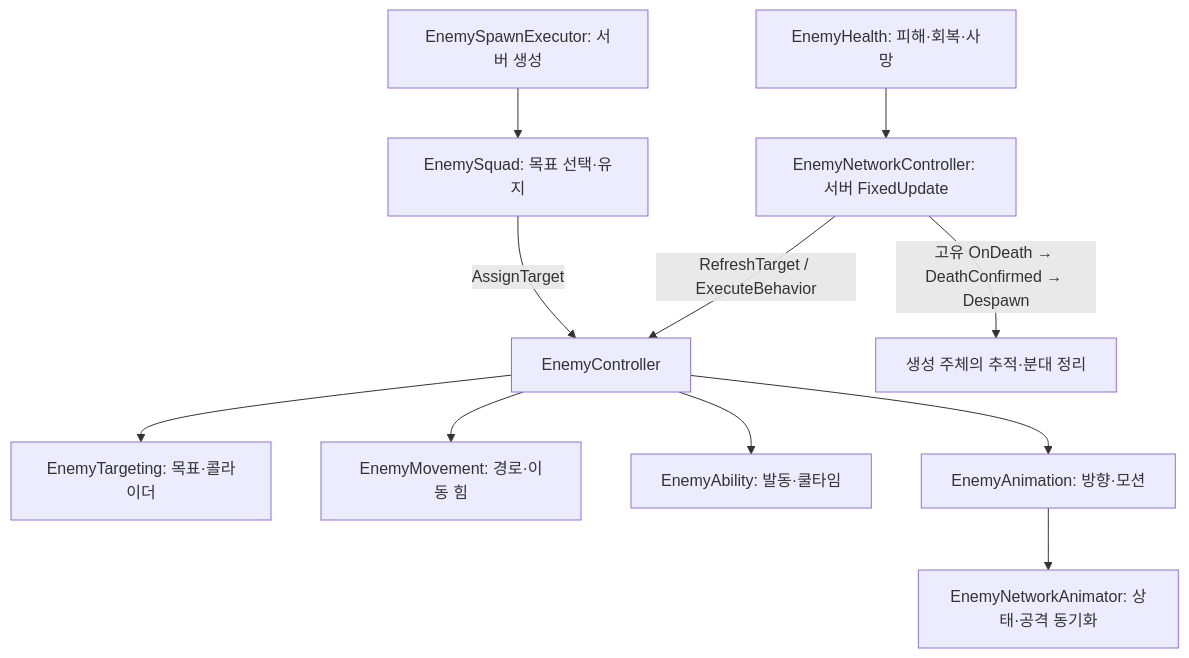
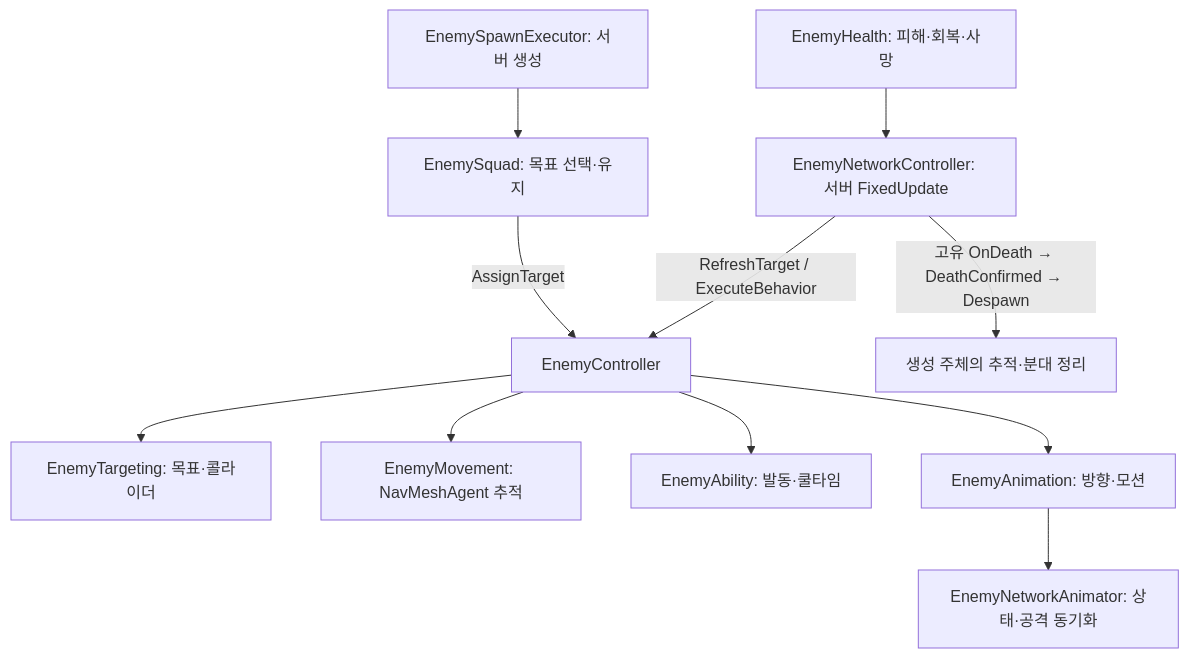
The first of 2 diagrams in Docs/02_architecture/08_encounter/enemy-system-guide.md (Team-HJD-21/unity-6-the-developer), drawn with Mermaid before and after one commit. The commit also changed other lines of this file and 41 other files, not shown here.

Commit message:
refactor: switch enemy movement to NavMeshAgent

````diff
--- a/Docs/02_architecture/08_encounter/enemy-system-guide.md
+++ b/Docs/02_architecture/08_encounter/enemy-system-guide.md
@@ -43,13 +43,13 @@
 ```mermaid
 flowchart TD
     Spawn[EnemySpawnExecutor: 서버 생성] --> Squad[EnemySquad: 목표 선택·유지]
     Squad -->|AssignTarget| Controller[EnemyController]
     Network[EnemyNetworkController: 서버 FixedUpdate] -->|RefreshTarget / ExecuteBehavior| Controller
     Controller --> Target[EnemyTargeting: 목표·콜라이더]
-    Controller --> Move[EnemyMovement: 경로·이동 힘]
+    Controller --> Move[EnemyMovement: NavMeshAgent 추적]
     Controller --> Ability[EnemyAbility: 발동·쿨타임]
     Controller --> Anim[EnemyAnimation: 방향·모션]
     Anim --> Sync[EnemyNetworkAnimator: 상태·공격 동기화]
     Health[EnemyHealth: 피해·회복·사망] --> Network
     Network -->|고유 OnDeath → DeathConfirmed → Despawn| Removed[생성 주체의 추적·분대 정리]
 ```
````
